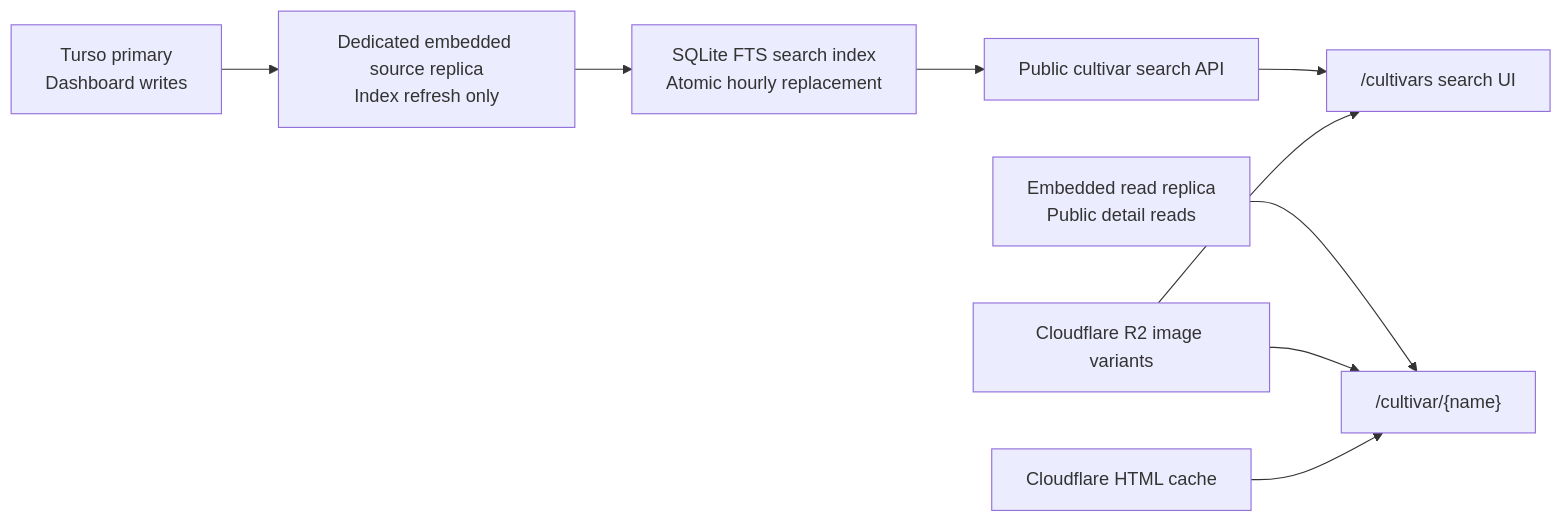
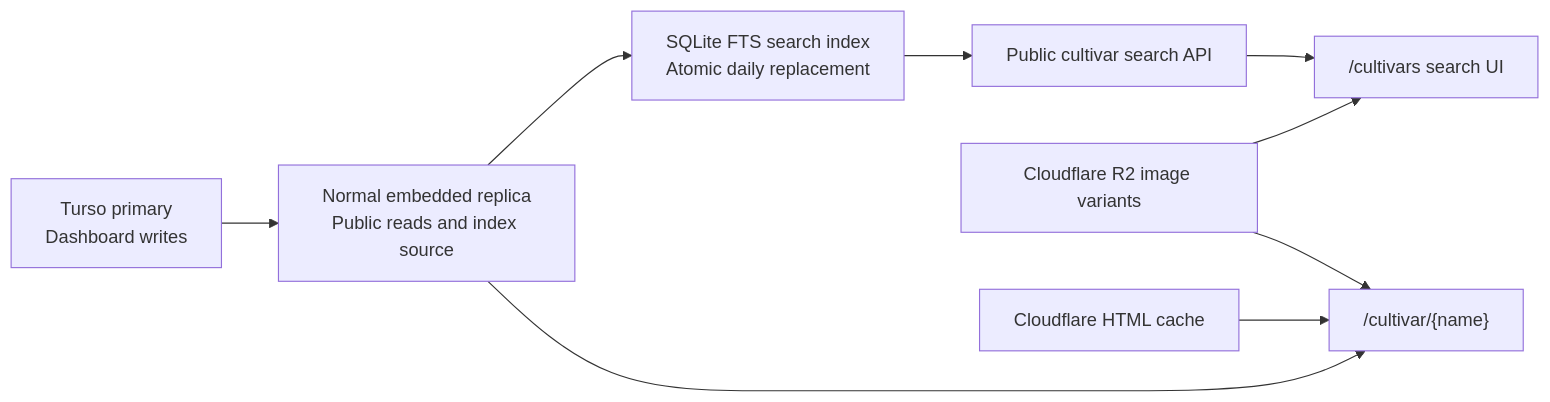
One commit to makoncline/new-daylily-catalog changed the diagram in apps/main/docs/public-cultivar-search-research.md. Above: the diagram before and after it, drawn with Mermaid. The commit also changed other lines of this file and 29 other files, not shown here.

Commit message:
Remove legacy search replica and retire reader trial flag (#395)

````diff
--- a/apps/main/docs/public-cultivar-search-research.md
+++ b/apps/main/docs/public-cultivar-search-research.md
@@ -253,11 +253,11 @@
 ```mermaid
 flowchart LR
-    P["Turso primary\nDashboard writes"] --> R["Dedicated embedded source replica\nIndex refresh only"]
-    R --> I["SQLite FTS search index\nAtomic hourly replacement"]
+    P["Turso primary\nDashboard writes"] --> R["Normal embedded replica\nPublic reads and index source"]
+    R --> I["SQLite FTS search index\nAtomic daily replacement"]
     I --> A["Public cultivar search API"]
     A --> S["/cultivars search UI"]
-    D["Embedded read replica\nPublic detail reads"] --> C["/cultivar/{name}"]
+    R --> C["/cultivar/{name}"]
     O["Cloudflare R2 image variants"] --> S
     O --> C
     E["Cloudflare HTML cache"] --> C
 ```
````
